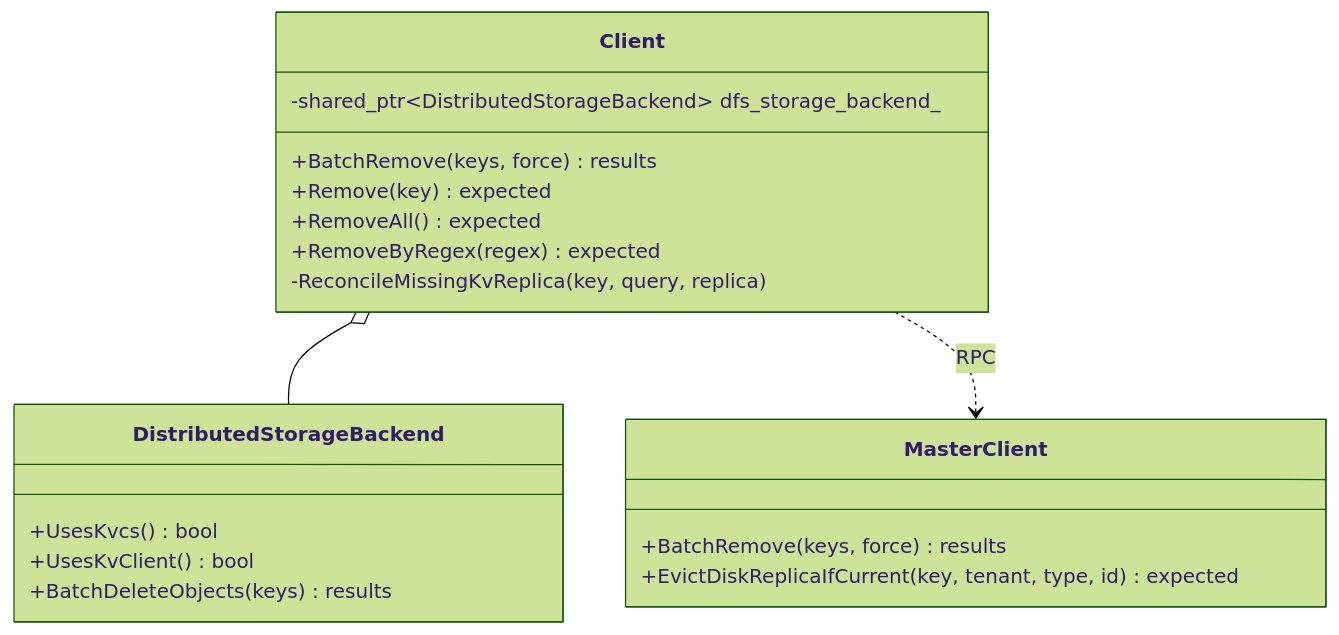
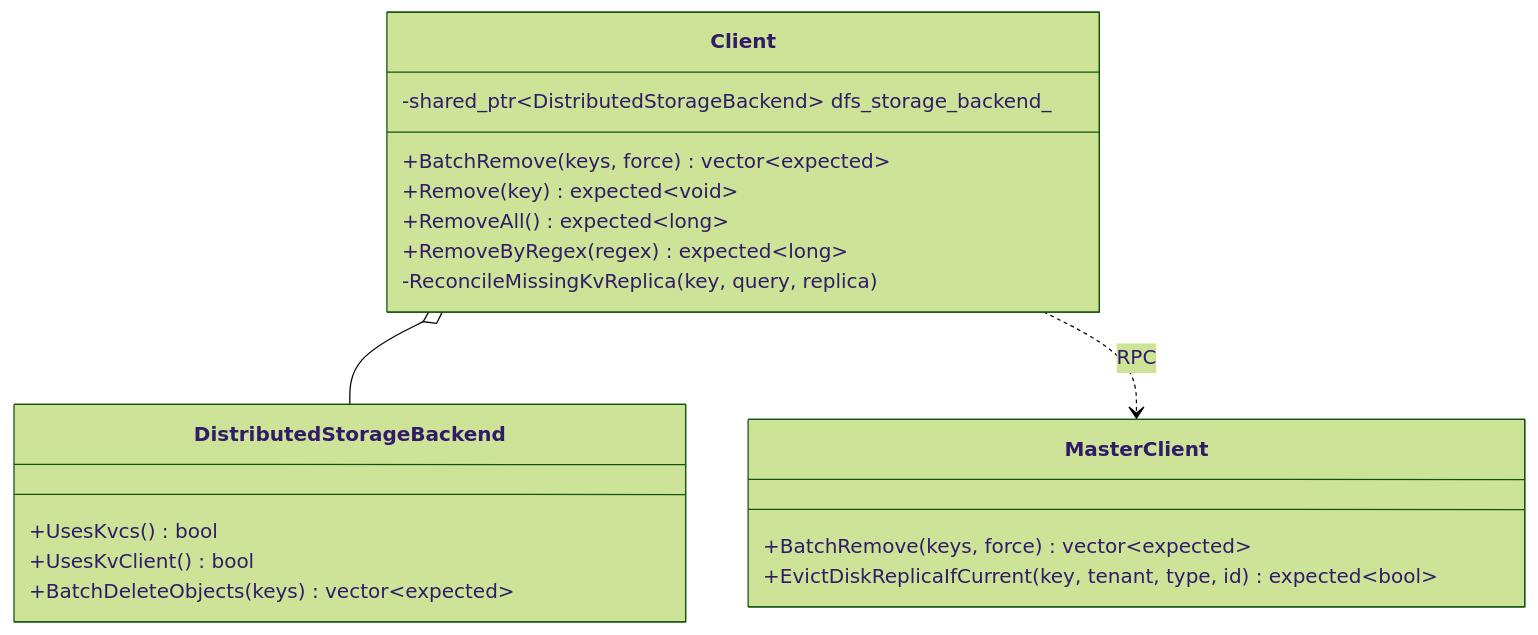
Before and after one commit to zwj20000328-dotcom/Mooncake-documents: the ninth of 11 diagrams in Mooncake + KVClient L3 接入（Kvcs）- PR 实施设计.md, drawn with Mermaid (forest theme). The commit also changed other lines of this file, not shown here.

Commit message:
docs: correct the PR class diagrams against the current model

````diff
--- a/Mooncake + KVClient L3 接入（Kvcs）- PR 实施设计.md
+++ b/Mooncake + KVClient L3 接入（Kvcs）- PR 实施设计.md
@@ -1229,27 +1255,27 @@
 ```mermaid
 classDiagram
     direction TB
 
     class Client {
         -shared_ptr~DistributedStorageBackend~ dfs_storage_backend_
-        +BatchRemove(keys, force) results
-        +Remove(key) expected
-        +RemoveAll() expected
-        +RemoveByRegex(regex) expected
+        +BatchRemove(keys, force) vector~expected~
+        +Remove(key) expected~void~
+        +RemoveAll() expected~long~
+        +RemoveByRegex(regex) expected~long~
         -ReconcileMissingKvReplica(key, query, replica)
     }
 
     class DistributedStorageBackend {
         +UsesKvcs() bool
         +UsesKvClient() bool
-        +BatchDeleteObjects(keys) results
+        +BatchDeleteObjects(keys) vector~expected~
     }
 
     class MasterClient {
-        +BatchRemove(keys, force) results
-        +EvictDiskReplicaIfCurrent(key, tenant, type, id) expected
+        +BatchRemove(keys, force) vector~expected~
+        +EvictDiskReplicaIfCurrent(key, tenant, type, id) expected~bool~
     }
 
     Client o-- DistributedStorageBackend
     Client ..> MasterClient : RPC
 ```
````
